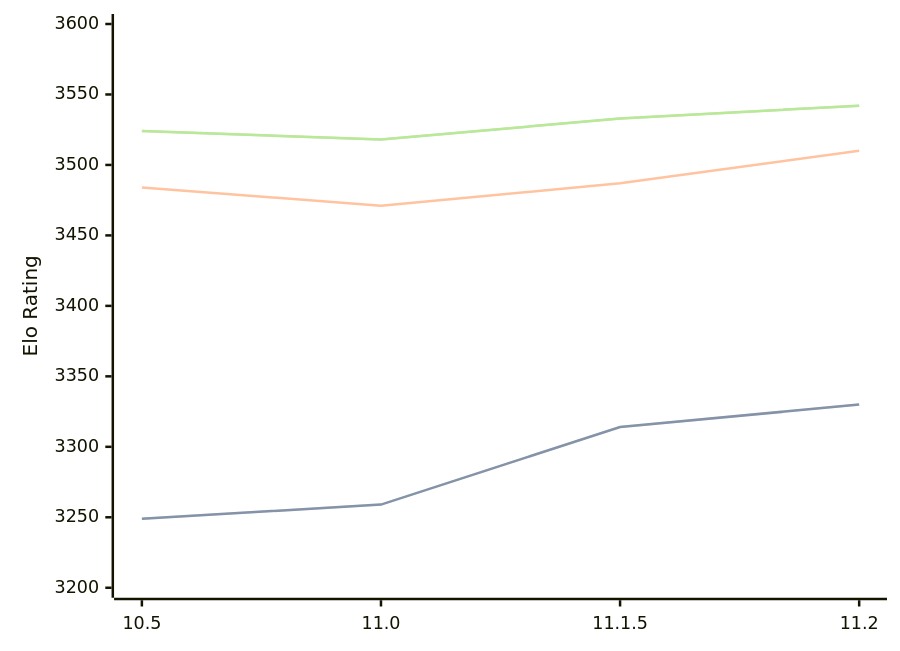
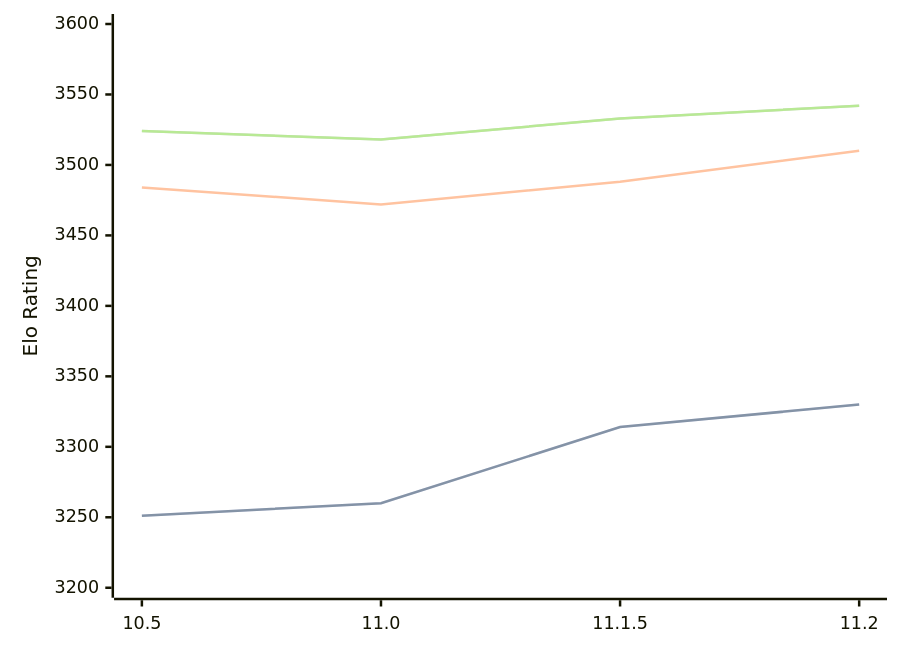
Before and after one commit to computer-chess-index/cci: the diagram in engines/Lizard.md, drawn with Mermaid. The commit also changed other lines of this file, not shown here.

````diff
--- a/engines/Lizard.md
+++ b/engines/Lizard.md
@@ -46,11 +46,11 @@
 ```mermaid
 %%{init: {"theme":"base","themeVariables":{"seriesColors:['#a3a3a3','#222221','#faa371']}}}%%
 xychart-beta
   x-axis ["10.5", "11.0", "11.1.5", "11.2"]
   y-axis "Elo Rating" 3200 --> 3600
-  line "STC (8.0+0.08s)" [3249, 3259, 3314, 3330]
-  line "STC (8.0+0.08s)" [3249, 3259, 3314, 3330]
-  line "LTC (60.0+0.60s)" [3484, 3471, 3487, 3510]
+  line "STC (8.0+0.08s)" [3251, 3260, 3314, 3330]
+  line "STC (8.0+0.08s)" [3251, 3260, 3314, 3330]
+  line "LTC (60.0+0.60s)" [3484, 3472, 3488, 3510]
   line "VLTC (2m24s+1.12s)" [3524, 3518, 3533, 3542]
   line "VLTC (2m24s+1.12s)" [3524, 3518, 3533, 3542]
 ```
````
